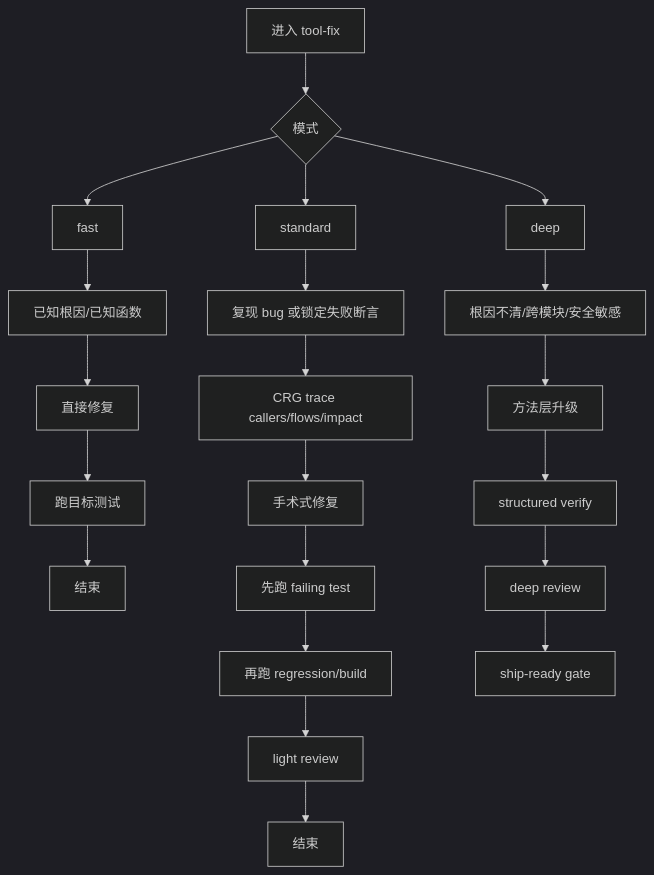
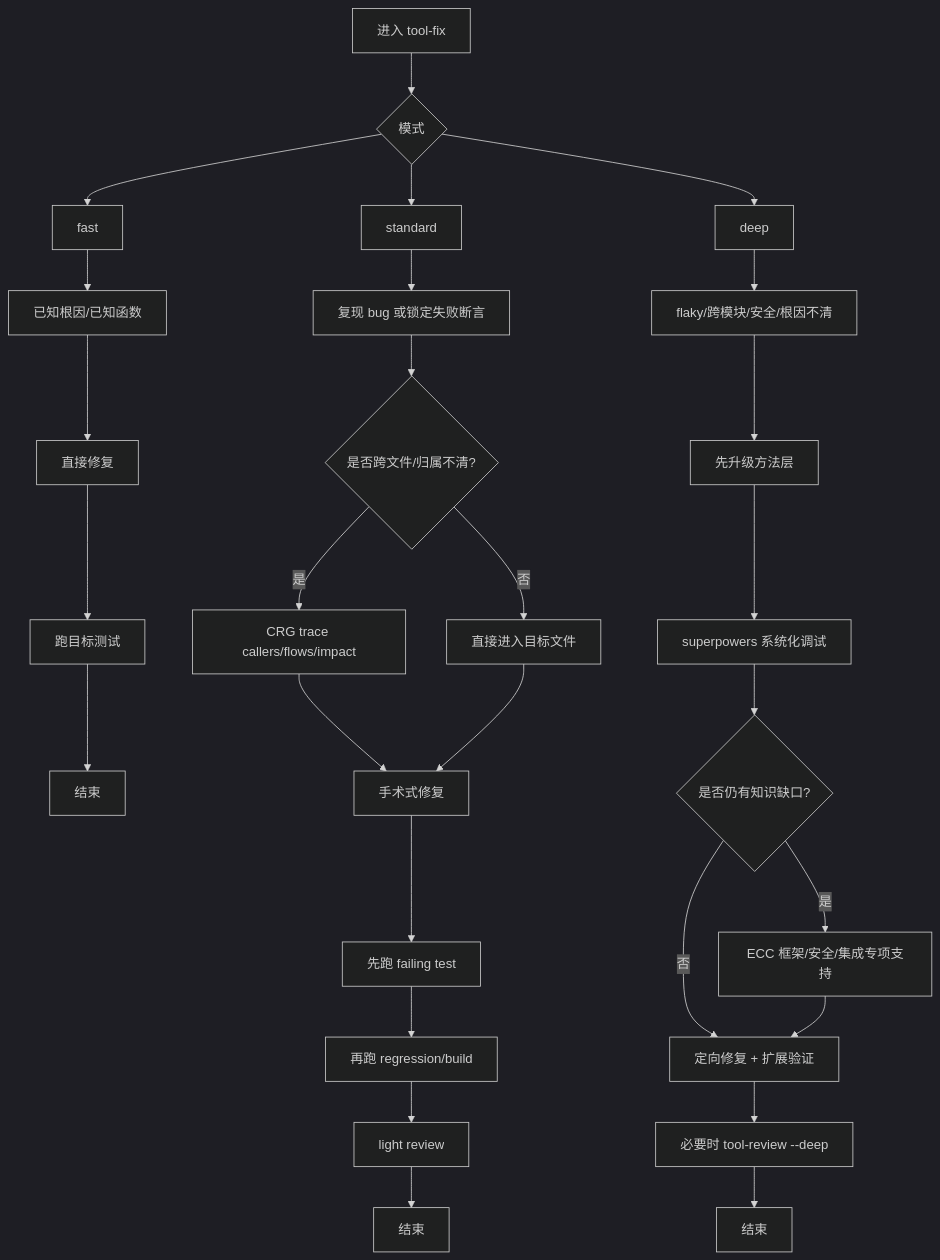
The third of 11 diagrams in docs/mode-routing.md (HunterXing/engineer-shovel), drawn with Mermaid (dark theme) before and after one commit. The commit also changed other lines of this file and 25 other files, not shown here.

````diff
--- a/docs/mode-routing.md
+++ b/docs/mode-routing.md
@@ -290,26 +290,33 @@
 ```mermaid
 flowchart TD
     A[进入 tool-fix] --> B{模式}
     B --> C[fast]
     B --> D[standard]
     B --> E[deep]
 
     C --> C1[已知根因/已知函数]
     C1 --> C2[直接修复]
     C2 --> C3[跑目标测试]
     C3 --> C4[结束]
 
     D --> D1[复现 bug 或锁定失败断言]
-    D1 --> D2[CRG trace callers/flows/impact]
-    D2 --> D3[手术式修复]
-    D3 --> D4[先跑 failing test]
-    D4 --> D5[再跑 regression/build]
-    D5 --> D6[light review]
-    D6 --> D7[结束]
+    D1 --> D2{是否跨文件/归属不清?}
+    D2 -- 是 --> D3[CRG trace callers/flows/impact]
+    D2 -- 否 --> D4[直接进入目标文件]
+    D3 --> D5[手术式修复]
+    D4 --> D5
+    D5 --> D6[先跑 failing test]
+    D6 --> D7[再跑 regression/build]
+    D7 --> D8[light review]
+    D8 --> D9[结束]
 
-    E --> E1[根因不清/跨模块/安全敏感]
-    E1 --> E2[方法层升级]
-    E2 --> E3[structured verify]
-    E3 --> E4[deep review]
-    E4 --> E5[ship-ready gate]
+    E --> E1[flaky/跨模块/安全/根因不清]
+    E1 --> E2[先升级方法层]
+    E2 --> E3[superpowers 系统化调试]
+    E3 --> E4{是否仍有知识缺口?}
+    E4 -- 是 --> E5[ECC 框架/安全/集成专项支持]
+    E4 -- 否 --> E6[定向修复 + 扩展验证]
+    E5 --> E6
+    E6 --> E7[必要时 tool-review --deep]
+    E7 --> E8[结束]
 ```
````
